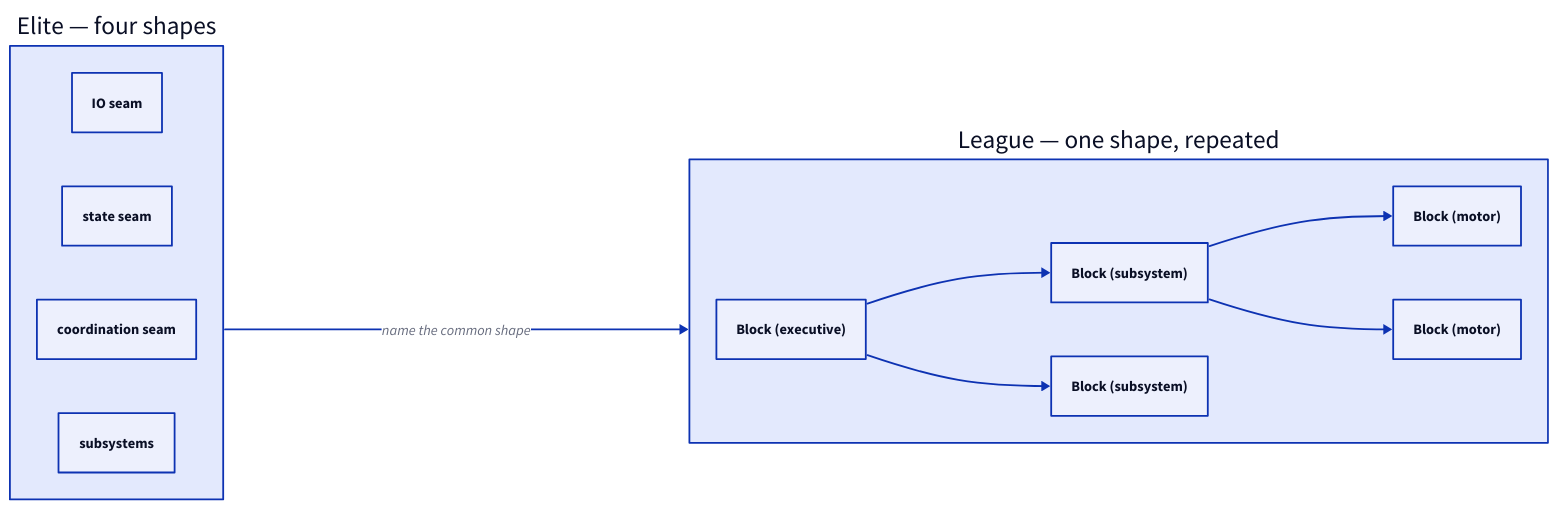
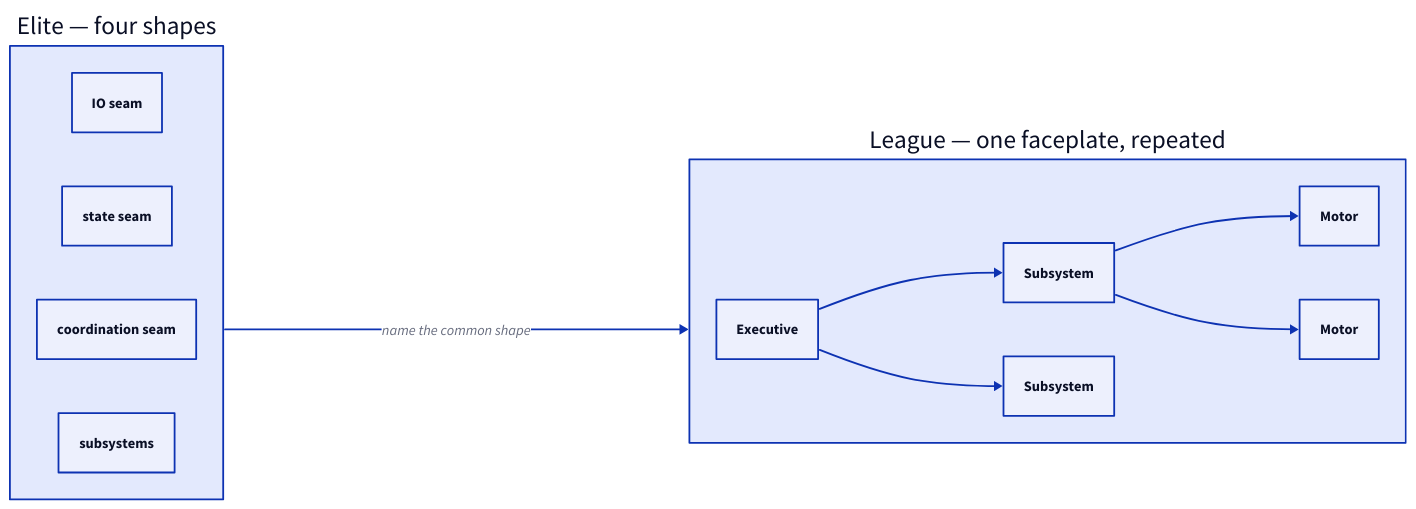
One commit to League-Robotics/frc-code-scout changed the diagram in docs/elite-arch/part-3/24-elite-to-league.md. Above: the diagram before and after it, drawn with D2. The commit also changed other lines of this file and 27 other files, not shown here.

First line of the commit message:
Rename the Block concept to faceplate/component across Part III

````diff
--- a/docs/elite-arch/part-3/24-elite-to-league.md
+++ b/docs/elite-arch/part-3/24-elite-to-league.md
@@ -47,21 +48,21 @@
 ```d2
 direction: right
 ELITE: "Elite — four shapes" {
   IO: IO seam
   STATE: state seam
   COORD: coordination seam
   SUBS: subsystems
 }
-LEAGUE: "League — one shape, repeated" {
-  EXEC: "Block (executive)"
-  S1: "Block (subsystem)"
-  S2: "Block (subsystem)"
-  M1: "Block (motor)"
-  M2: "Block (motor)"
+LEAGUE: "League — one faceplate, repeated" {
+  EXEC: "Executive"
+  S1: "Subsystem"
+  S2: "Subsystem"
+  M1: "Motor"
+  M2: "Motor"
   EXEC -> S1
   EXEC -> S2
   S1 -> M1
   S1 -> M2
 }
 ELITE -> LEAGUE: "name the common shape"
 ```
````
